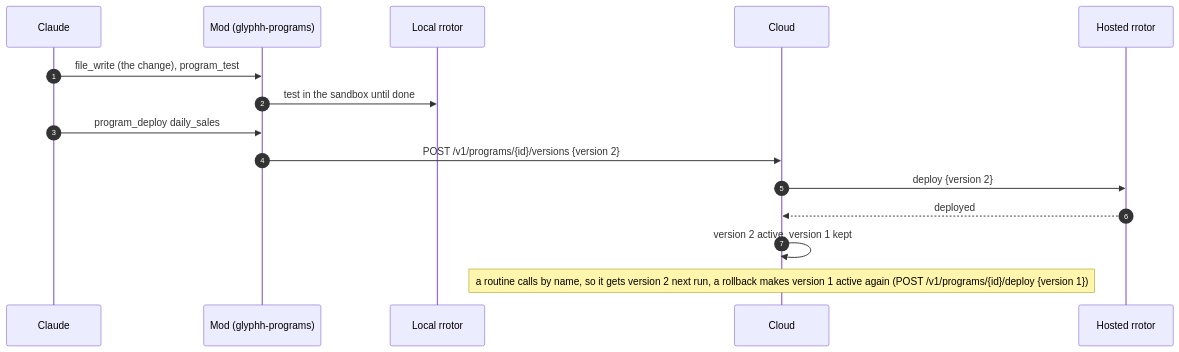
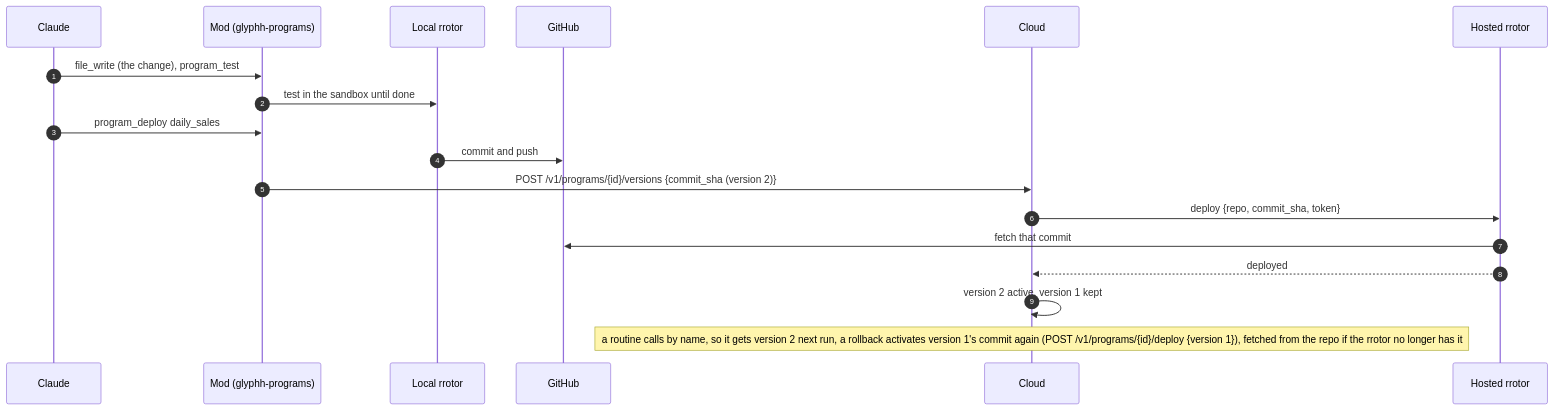
Before and after one commit to glyphh-ai/rrotor: the seventh of 12 diagrams in docs/architecture.md, drawn with Mermaid. The commit also changed other lines of this file and 4 other files, not shown here.

Commit message:
Architecture: deploys and updates through git (the Glyphh GitHub App); the server gaps settled in its design

````diff
--- a/docs/architecture.md
+++ b/docs/architecture.md
@@ -247,17 +255,20 @@
 ```mermaid
 sequenceDiagram
     autonumber
     participant C as Claude
     participant M as Mod (glyphh-programs)
     participant R as Local rrotor
+    participant GH as GitHub
     participant G as Cloud
     participant H as Hosted rrotor
     C->>M: file_write (the change), program_test
     M->>R: test in the sandbox until done
     C->>M: program_deploy daily_sales
-    M->>G: POST /v1/programs/{id}/versions {version 2}
-    G->>H: deploy {version 2}
+    R->>GH: commit and push
+    M->>G: POST /v1/programs/{id}/versions {commit_sha (version 2)}
+    G->>H: deploy {repo, commit_sha, token}
+    H->>GH: fetch that commit
     H-->>G: deployed
     G->>G: version 2 active, version 1 kept
-    Note over G: a routine calls by name, so it gets version 2 next run, a rollback makes version 1 active again (POST /v1/programs/{id}/deploy {version 1})
+    Note over G: a routine calls by name, so it gets version 2 next run, a rollback activates version 1's commit again (POST /v1/programs/{id}/deploy {version 1}), fetched from the repo if the rrotor no longer has it
 ```
````
